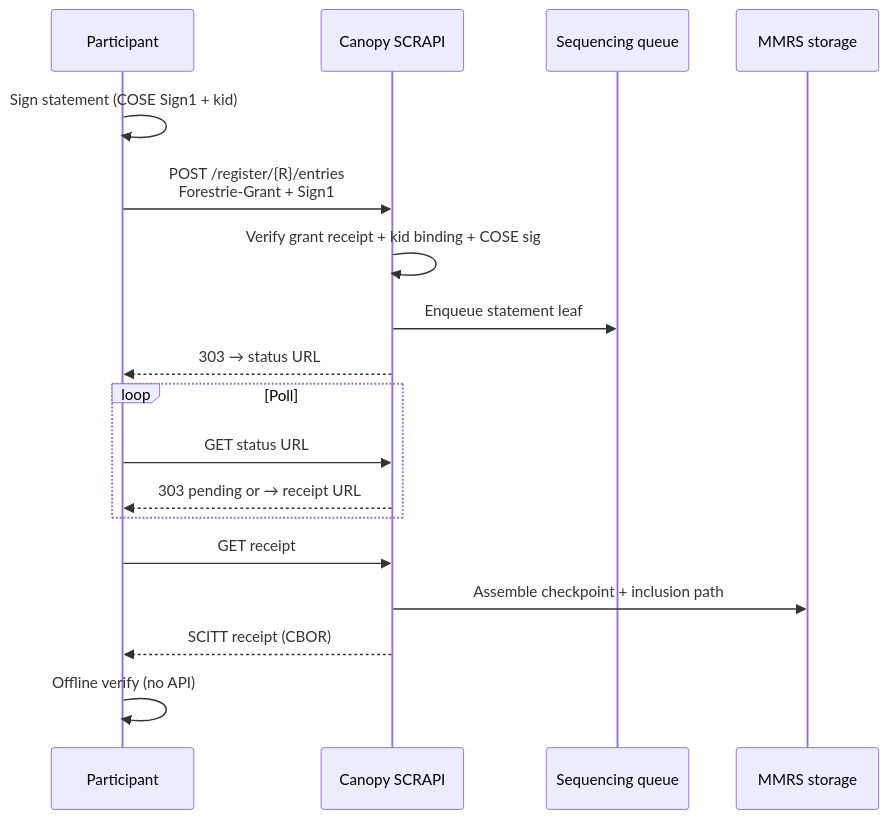
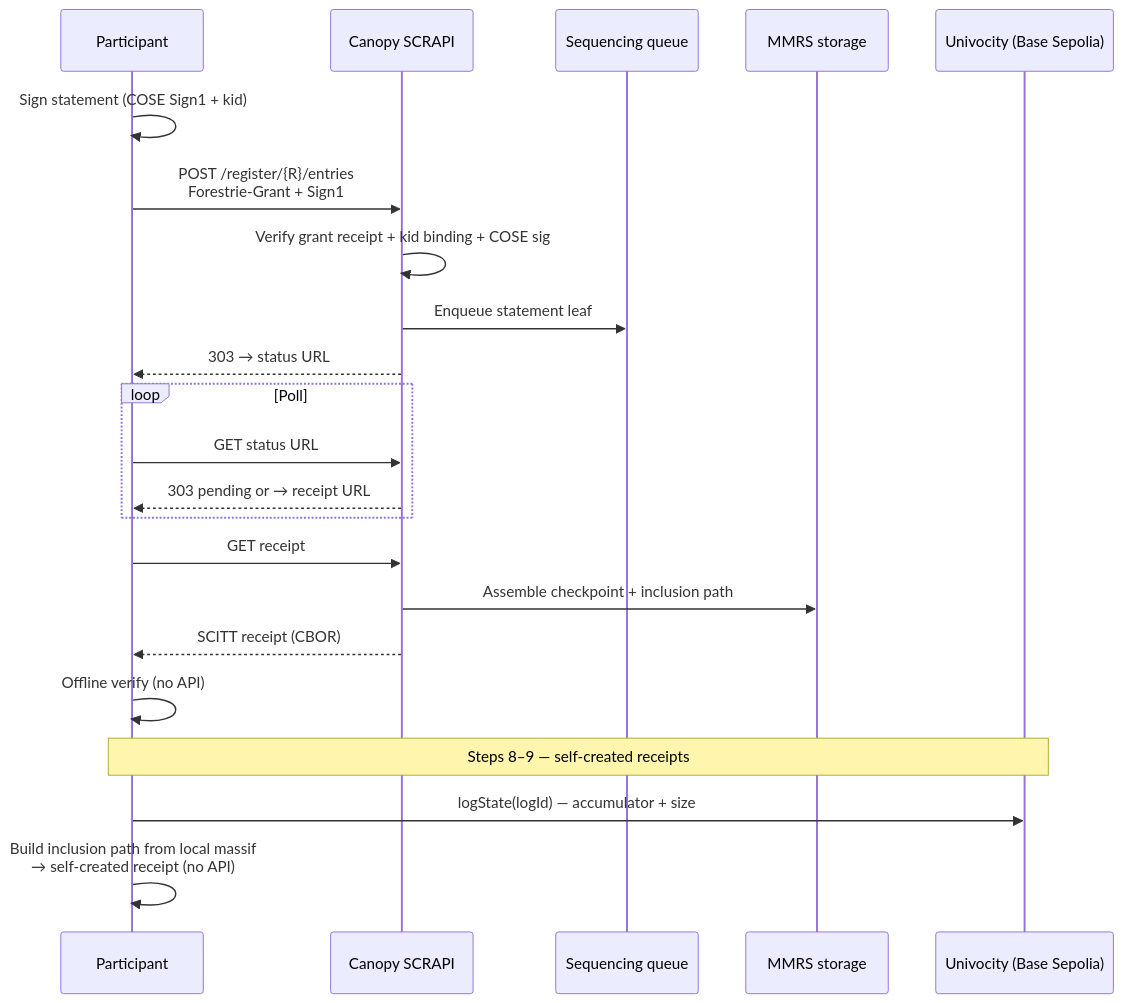
The diagram in docs/demo/scitt-hackathon.md (forestrie/canopy), drawn with Mermaid before and after one commit. The commit also changed other lines of this file and 9 other files, not shown here.

````diff
--- a/docs/demo/scitt-hackathon.md
+++ b/docs/demo/scitt-hackathon.md
@@ -219,24 +356,29 @@
 ```mermaid
 sequenceDiagram
     participant You as Participant
     participant API as Canopy SCRAPI
     participant Q as Sequencing queue
     participant R2 as MMRS storage
+    participant Chain as Univocity (Base Sepolia)
 
     You->>You: Sign statement (COSE Sign1 + kid)
     You->>API: POST /register/{R}/entries<br/>Forestrie-Grant + Sign1
     API->>API: Verify grant receipt + kid binding + COSE sig
     API->>Q: Enqueue statement leaf
     API-->>You: 303 → status URL
 
     loop Poll
         You->>API: GET status URL
         API-->>You: 303 pending or → receipt URL
     end
 
     You->>API: GET receipt
     API->>R2: Assemble checkpoint + inclusion path
     API-->>You: SCITT receipt (CBOR)
 
     You->>You: Offline verify (no API)
+
+    Note over You,Chain: Steps 8–9 — self-created receipts
+    You->>Chain: logState(logId) — accumulator + size
+    You->>You: Build inclusion path from local massif<br/>→ self-created receipt (no API)
 ```
````
